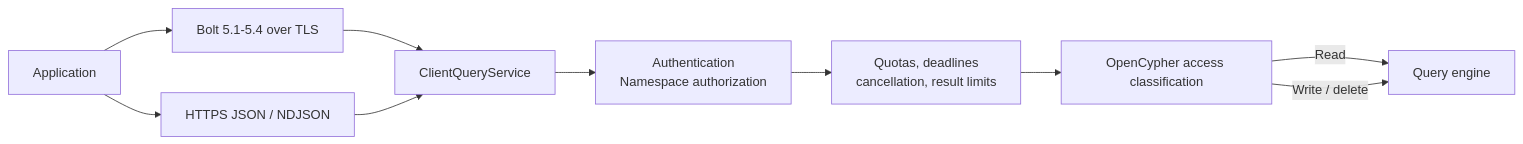
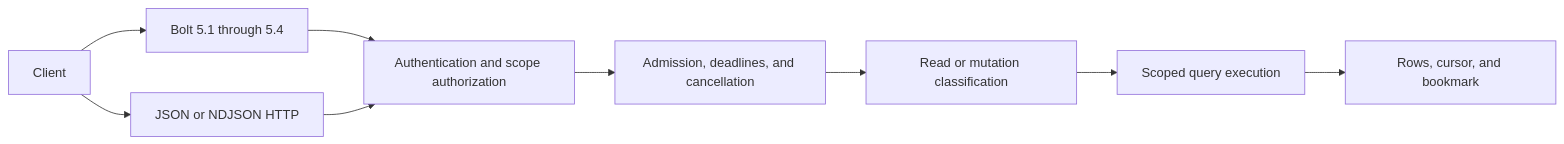
The second of 10 diagrams in architecture.md (BHAVIKA44/hydraddb), drawn with Mermaid before and after one commit. The commit also changed other lines of this file and 4 other files, not shown here.

````diff
--- a/architecture.md
+++ b/architecture.md
@@ -102,21 +162,20 @@
 ```mermaid
 flowchart LR
-    APP["Application"]
-    BOLT["Bolt 5.1-5.4 over TLS"]
-    HTTP["HTTPS JSON / NDJSON"]
-    SERVICE["ClientQueryService"]
-    AUTH["Authentication<br/>Namespace authorization"]
-    LIMITS["Quotas, deadlines<br/>cancellation, result limits"]
-    CLASSIFY["OpenCypher access classification"]
-    ENGINE["Query engine"]
+    CLIENT["Client"]
+    BOLT["Bolt 5.1 through 5.4"]
+    HTTP["JSON or NDJSON HTTP"]
+    AUTH["Authentication and scope authorization"]
+    ADMIT["Admission, deadlines, and cancellation"]
+    CLASSIFY["Read or mutation classification"]
+    EXECUTE["Scoped query execution"]
+    OUTPUT["Rows, cursor, and bookmark"]
 
-    APP --> BOLT
-    APP --> HTTP
-    BOLT --> SERVICE
-    HTTP --> SERVICE
-    SERVICE --> AUTH
-    AUTH --> LIMITS
-    LIMITS --> CLASSIFY
-    CLASSIFY -->|"Read"| ENGINE
-    CLASSIFY -->|"Write / delete"| ENGINE
+    CLIENT --> BOLT
+    CLIENT --> HTTP
+    BOLT --> AUTH
+    HTTP --> AUTH
+    AUTH --> ADMIT
+    ADMIT --> CLASSIFY
+    CLASSIFY --> EXECUTE
+    EXECUTE --> OUTPUT
 ```
````
